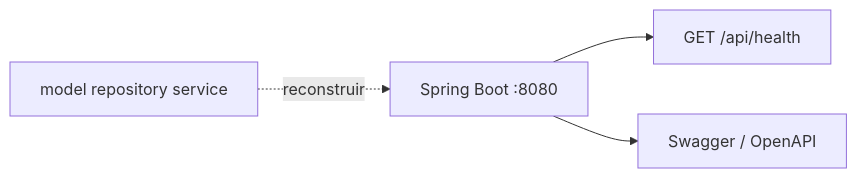
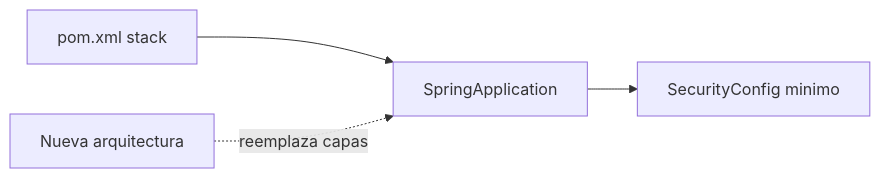
The diagram in docs/09-NUCLEO-GUIA.md (julianmeoficial/minimalecommerceapi), drawn with Mermaid before and after one commit. The commit also changed other lines of this file and 9 other files, not shown here.

First line of the commit message:
Quitar controladores y config de la arquitectura en capas (#5)

````diff
--- a/docs/09-NUCLEO-GUIA.md
+++ b/docs/09-NUCLEO-GUIA.md
@@ -28,11 +22,11 @@
 ```mermaid
 flowchart LR
-  Boot["Spring Boot :8080"]
-  Health["GET /api/health"]
-  Swagger["Swagger / OpenAPI"]
-  Future["model repository service"]
+  Pom["pom.xml stack"]
+  Main["SpringApplication"]
+  Sec["SecurityConfig minimo"]
+  NewArch["Nueva arquitectura"]
 
-  Boot --> Health
-  Boot --> Swagger
-  Future -.->|reconstruir| Boot
+  Pom --> Main
+  Main --> Sec
+  NewArch -.->|reemplaza capas| Main
 ```
````
